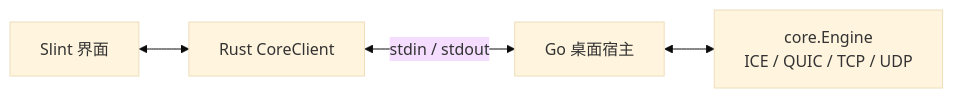
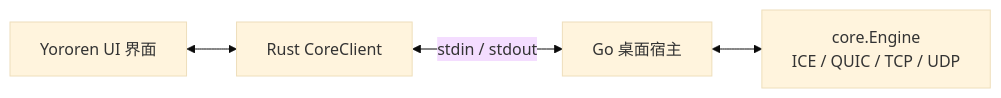
The diagram in desktop/README.md (Haikure/hole), drawn with Mermaid (base theme) before and after one commit. The commit also changed other lines of this file and 53 other files, not shown here.

First line of the commit message:
feat(desktop): replace Slint with Yororen UI

````diff
--- a/desktop/README.md
+++ b/desktop/README.md
@@ -14,6 +14,6 @@
 ```mermaid
 flowchart LR
-    gui["Slint 界面"] <--> client["Rust CoreClient"]
+    gui["Yororen UI 界面"] <--> client["Rust CoreClient"]
     client <-->|"stdin / stdout"| bridge["Go 桌面宿主"]
     bridge <--> engine["core.Engine<br/>ICE / QUIC / TCP / UDP"]
 ```
````
